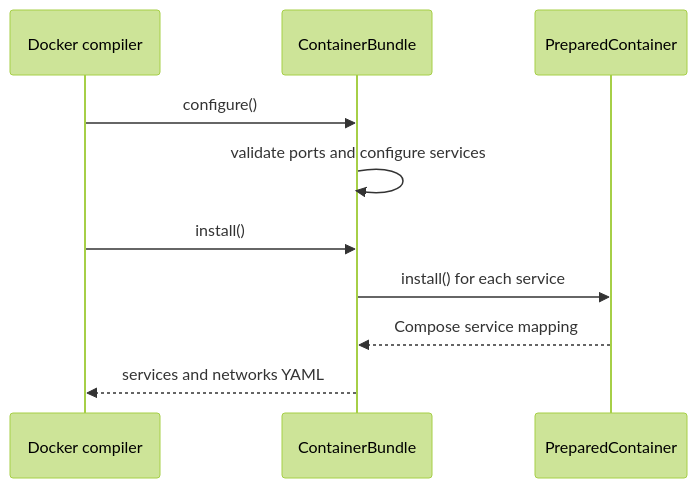
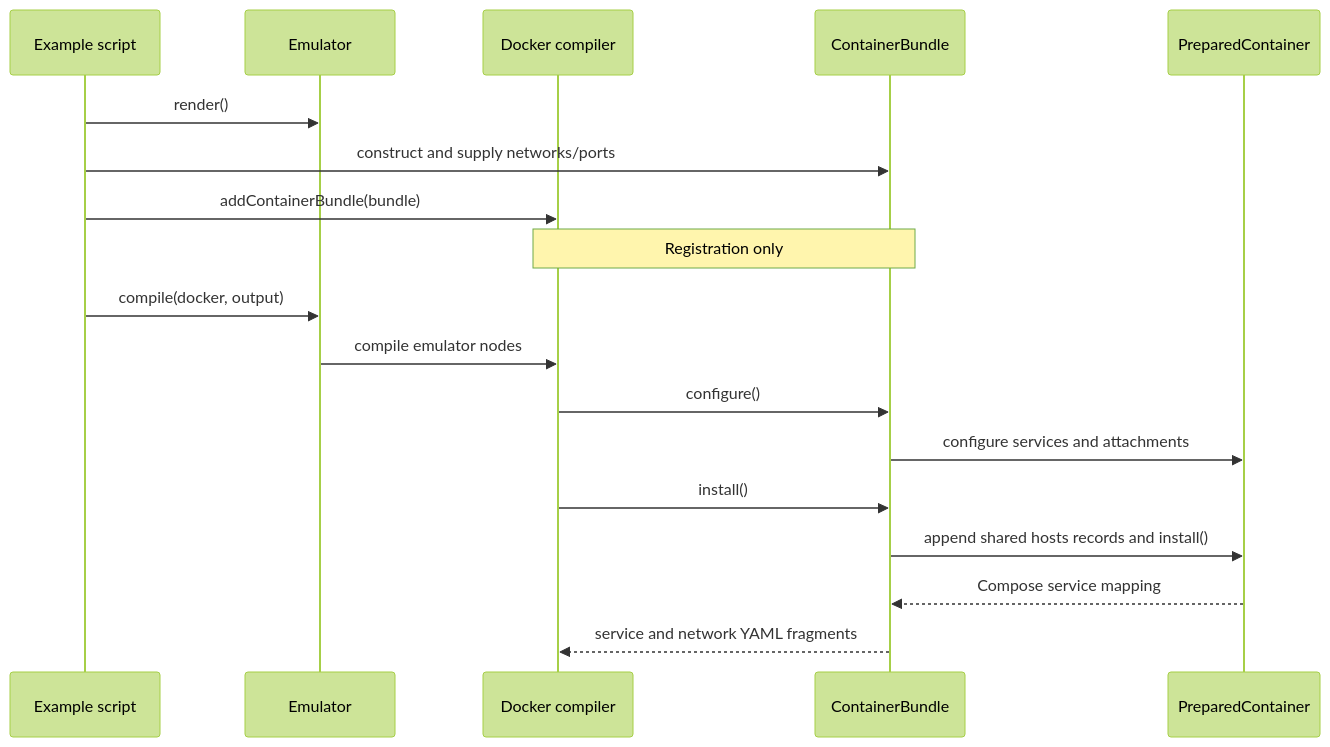
The diagram in docs/designs/container_bundle.md (seed-labs/seed-emulator), drawn with Mermaid (forest theme) before and after one commit. The commit also changed other lines of this file and 7 other files, not shown here.

````diff
--- a/docs/designs/container_bundle.md
+++ b/docs/designs/container_bundle.md
@@ -132,12 +27,20 @@
 ```mermaid
 sequenceDiagram
+    participant U as Example script
+    participant E as Emulator
     participant D as Docker compiler
     participant B as ContainerBundle
     participant C as PreparedContainer
+    U->>E: render()
+    U->>B: construct and supply networks/ports
+    U->>D: addContainerBundle(bundle)
+    Note over D,B: Registration only
+    U->>E: compile(docker, output)
+    E->>D: compile emulator nodes
     D->>B: configure()
-    B->>B: validate ports and configure services
+    B->>C: configure services and attachments
     D->>B: install()
-    B->>C: install() for each service
+    B->>C: append shared hosts records and install()
     C-->>B: Compose service mapping
-    B-->>D: services and networks YAML
+    B-->>D: service and network YAML fragments
 ```
````
